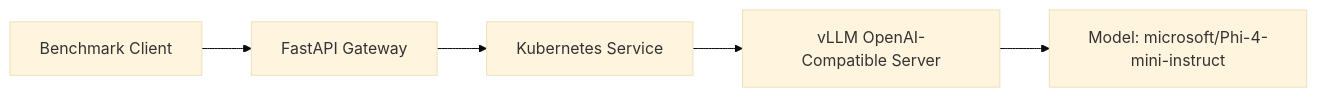
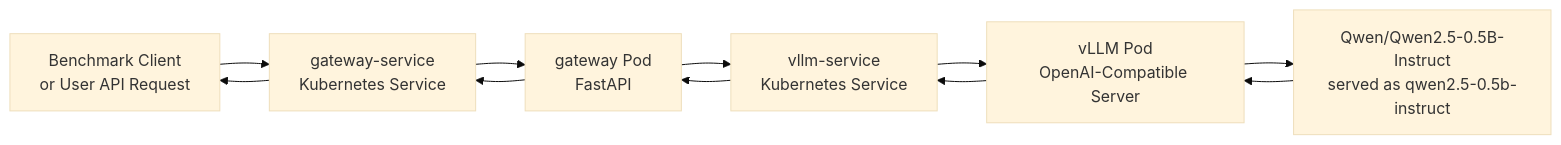
The diagram in diagrams/architecture.md (skytin1004/k8s-vllm-inference-poc), drawn with Mermaid (base theme) before and after one commit. The commit also changed other lines of this file, not shown here.

Commit message:
Update architecture diagram for Qwen default

````diff
--- a/diagrams/architecture.md
+++ b/diagrams/architecture.md
@@ -3,7 +3,13 @@
 ```mermaid
 flowchart LR
-    A["Benchmark Client"] --> B["FastAPI Gateway"]
-    B --> C["Kubernetes Service"]
-    C --> D["vLLM OpenAI-Compatible Server"]
-    D --> E["Model: microsoft/Phi-4-mini-instruct"]
+    A["Benchmark Client<br/>or User API Request"] --> B["gateway-service<br/>Kubernetes Service"]
+    B --> C["gateway Pod<br/>FastAPI"]
+    C --> D["vllm-service<br/>Kubernetes Service"]
+    D --> E["vLLM Pod<br/>OpenAI-Compatible Server"]
+    E --> F["Qwen/Qwen2.5-0.5B-Instruct<br/>served as qwen2.5-0.5b-instruct"]
+    F --> E
+    E --> D
+    D --> C
+    C --> B
+    B --> A
 ```
````
